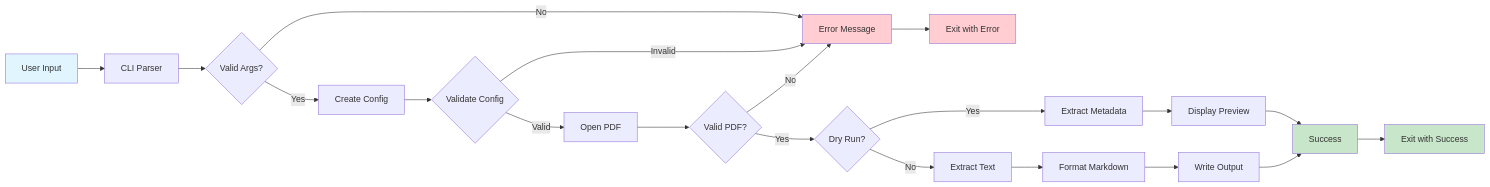
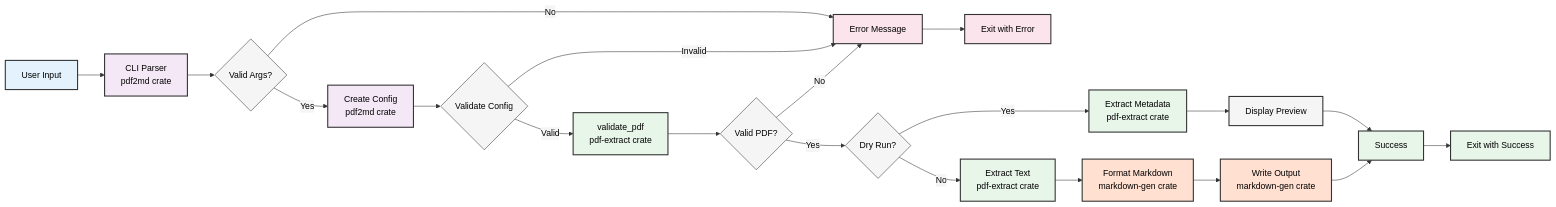
One commit to softwarewrighter/pdf2md changed the fifth of 8 diagrams in wiki/Architecture-Diagrams.md. Above: the diagram before and after it, drawn with Mermaid. The commit also changed other lines of this file and 12 other files, not shown here.

First line of the commit message:
docs: update wiki and docs for workspace architecture

````diff
--- a/wiki/Architecture-Diagrams.md
+++ b/wiki/Architecture-Diagrams.md
@@ -224,28 +257,37 @@
 ```mermaid
+%%{init: {'theme':'base', 'themeVariables': {'primaryColor':'#f5f5f5','primaryTextColor':'#000','primaryBorderColor':'#333','lineColor':'#333','secondaryColor':'#f5f5f5','tertiaryColor':'#f5f5f5'}}}%%
 flowchart LR
-    A[User Input] --> B[CLI Parser]
+    A[User Input] --> B[CLI Parser<br/>pdf2md crate]
     B --> C{Valid Args?}
     C -->|No| D[Error Message]
-    C -->|Yes| E[Create Config]
+    C -->|Yes| E[Create Config<br/>pdf2md crate]
     E --> F{Validate Config}
     F -->|Invalid| D
-    F -->|Valid| G[Open PDF]
+    F -->|Valid| G[validate_pdf<br/>pdf-extract crate]
     G --> H{Valid PDF?}
     H -->|No| D
     H -->|Yes| I{Dry Run?}
-    I -->|Yes| J[Extract Metadata]
-    I -->|No| K[Extract Text]
+    I -->|Yes| J[Extract Metadata<br/>pdf-extract crate]
+    I -->|No| K[Extract Text<br/>pdf-extract crate]
     J --> L[Display Preview]
-    K --> M[Format Markdown]
-    M --> N[Write Output]
+    K --> M[Format Markdown<br/>markdown-gen crate]
+    M --> N[Write Output<br/>markdown-gen crate]
     N --> O[Success]
     L --> O
     D --> P[Exit with Error]
     O --> Q[Exit with Success]
 
-    style A fill:#e1f5ff
-    style D fill:#ffcdd2
-    style O fill:#c8e6c9
-    style P fill:#ffcdd2
-    style Q fill:#c8e6c9
+    style A fill:#e3f2fd,stroke:#333,stroke-width:2px,color:#000
+    style B fill:#f4e8f7,stroke:#333,stroke-width:2px,color:#000
+    style E fill:#f4e8f7,stroke:#333,stroke-width:2px,color:#000
+    style G fill:#e8f5e9,stroke:#333,stroke-width:2px,color:#000
+    style J fill:#e8f5e9,stroke:#333,stroke-width:2px,color:#000
+    style K fill:#e8f5e9,stroke:#333,stroke-width:2px,color:#000
+    style M fill:#ffe0d1,stroke:#333,stroke-width:2px,color:#000
+    style N fill:#ffe0d1,stroke:#333,stroke-width:2px,color:#000
+    style D fill:#fce4ec,stroke:#333,stroke-width:2px,color:#000
+    style P fill:#fce4ec,stroke:#333,stroke-width:2px,color:#000
+    style O fill:#e8f5e9,stroke:#333,stroke-width:2px,color:#000
+    style Q fill:#e8f5e9,stroke:#333,stroke-width:2px,color:#000
+    style L fill:#f5f5f5,stroke:#333,stroke-width:2px,color:#000
 ```
````
